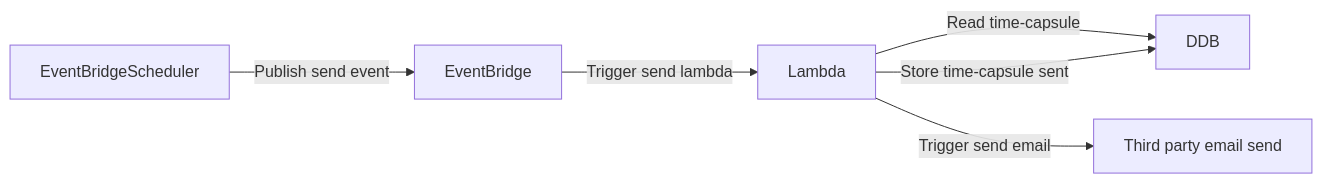
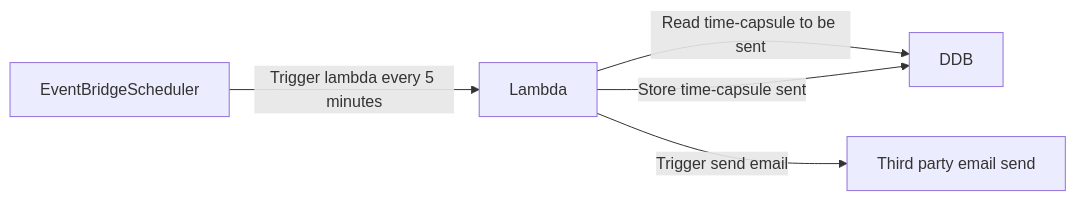
Before and after one commit to GautierBlandin/time-capsule: the second of 3 diagrams in business/Specifications.md, drawn with Mermaid. The commit also changed other lines of this file and 1 other file, not shown here.

Commit message:
feat: update architecture

````diff
--- a/business/Specifications.md
+++ b/business/Specifications.md
@@ -33,8 +32,7 @@
 ```mermaid
 flowchart LR
-    EventBridgeScheduler --Publish send event-->EventBridge
-    EventBridge --Trigger send lambda-->Lambda
-    Lambda --Read time-capsule--> DDB
+    EventBridgeScheduler --Trigger lambda every 5 minutes-->Lambda
+    Lambda --Read time-capsule to be sent--> DDB
     Lambda --Trigger send email--> ThirdParty[Third party email send]
     Lambda --Store time-capsule sent--> DDB
 ```
````
